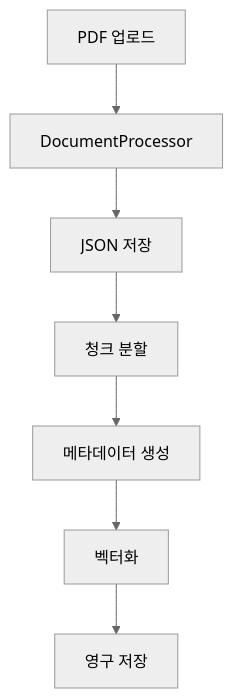
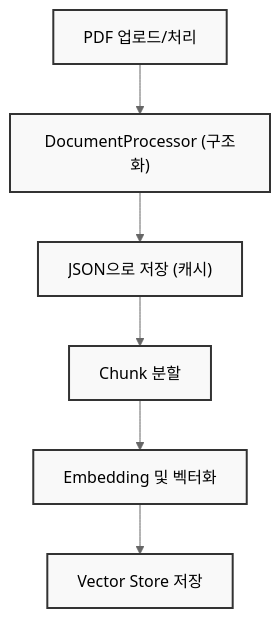
The fourth of 6 diagrams in README.md (gyjong/rag), drawn with Mermaid (neutral theme) before and after one commit. The commit also changed other lines of this file, not shown here.

````diff
--- a/README.md
+++ b/README.md
@@ -1405,9 +1506,11 @@
 ```mermaid
 graph TD
-    A[PDF 업로드] --> B[DocumentProcessor]
-    B --> C[JSON 저장]
-    C --> D[청크 분할]
-    D --> E[메타데이터 생성]
-    E --> F[벡터화]
-    F --> G[영구 저장]
+    A["PDF 업로드/처리"] --> B["DocumentProcessor (구조화)"];
+    B --> C["JSON으로 저장 (캐시)"];
+    C --> D["Chunk 분할"];
+    D --> E["Embedding 및 벡터화"];
+    E --> F["Vector Store 저장"];
+
+    classDef flowStyle fill:#f9f9f9,stroke:#333,stroke-width:2px,color:#000
+    class A,B,C,D,E,F flowStyle
 ```
````
